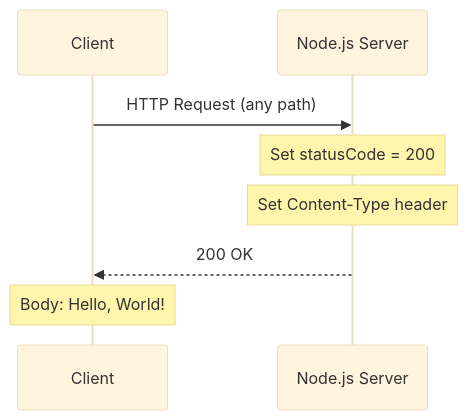
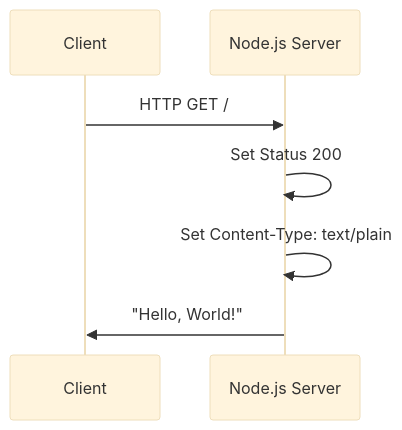
One commit to Sandeep01Kumar/29-dec-existing-projects-qa-test-3 changed the third of 7 diagrams in blitzy/documentation/Technical Specifications.md. Above: the diagram before and after it, drawn with Mermaid (base theme). The commit also changed other lines of this file, not shown here.

````diff
--- a/blitzy/documentation/Technical Specifications.md
+++ b/blitzy/documentation/Technical Specifications.md
@@ -514,11 +538,10 @@
 ```mermaid
 sequenceDiagram
     participant Client
     participant Server as Node.js Server
     
-    Client->>Server: HTTP Request (any path)
-    Note over Server: Set statusCode = 200
-    Note over Server: Set Content-Type header
-    Server-->>Client: 200 OK
-    Note over Client: Body: Hello, World!
+    Client->>Server: HTTP GET /
+    Server->>Server: Set Status 200
+    Server->>Server: Set Content-Type: text/plain
+    Server->>Client: "Hello, World!"
 ```
````
